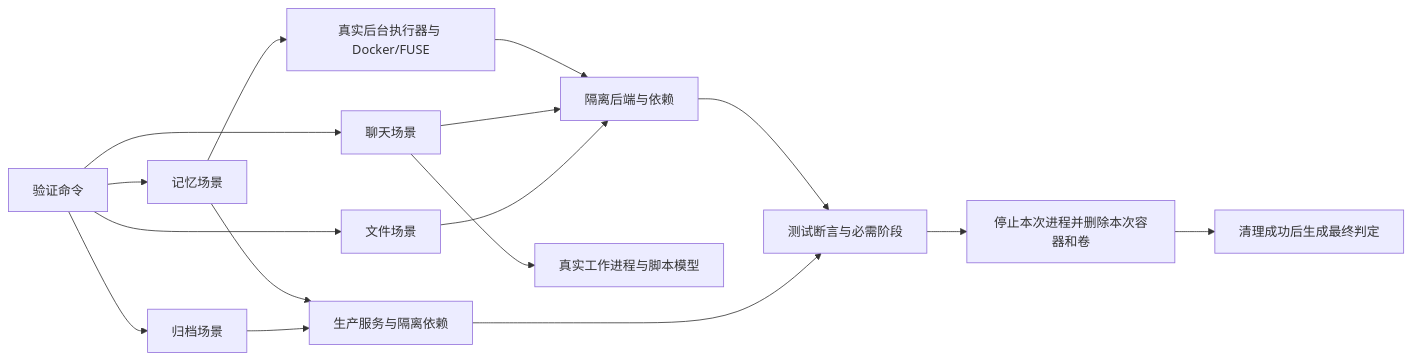
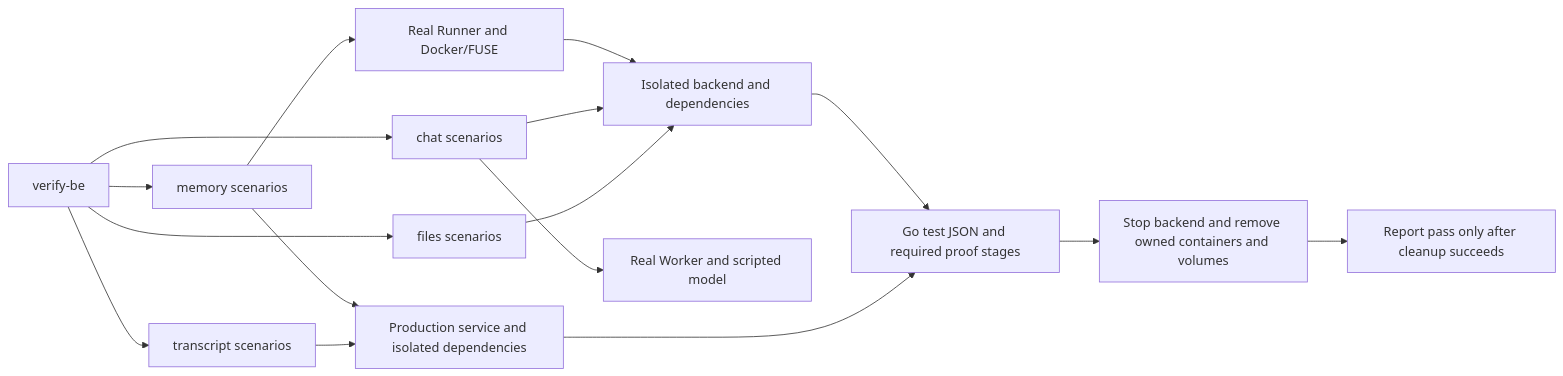
One commit to superduck-ai/open-managed-agents changed the diagram in docs/design/be/backend-verification.md. Above: the diagram before and after it, drawn with Mermaid. The commit also changed other lines of this file and 2 other files, not shown here.

````diff
--- a/docs/design/be/backend-verification.md
+++ b/docs/design/be/backend-verification.md
@@ -49,18 +25,18 @@
 ```mermaid
 flowchart LR
-    CLI[验证命令] --> Chat[聊天场景]
-    CLI --> Files[文件场景]
-    CLI --> Memory[记忆场景]
-    Memory --> Integration[生产服务与隔离依赖]
-    Memory --> Mounts[真实后台执行器与 Docker/FUSE]
-    Mounts --> Runtime[隔离后端与依赖]
-    CLI --> Transcript[归档场景]
-    Transcript --> Integration
-    Chat --> Runtime
+    CLI[verify-be] --> Chat[chat scenarios]
+    CLI --> Files[files scenarios]
+    CLI --> Memory[memory scenarios]
+    Memory --> Integration
+    Memory --> Mounts[Real Runner and Docker/FUSE]
+    Mounts --> Runtime
+    CLI --> Transcript[transcript scenarios]
+    Transcript --> Integration[Production service and isolated dependencies]
+    Chat --> Runtime[Isolated backend and dependencies]
     Files --> Runtime
-    Chat --> Worker[真实工作进程与脚本模型]
-    Runtime --> Evidence[测试断言与必需阶段]
+    Chat --> Worker[Real Worker and scripted model]
+    Runtime --> Evidence[Go test JSON and required proof stages]
     Integration --> Evidence
-    Evidence --> Cleanup[停止本次进程并删除本次容器和卷]
-    Cleanup --> Verdict[清理成功后生成最终判定]
+    Evidence --> Cleanup[Stop backend and remove owned containers and volumes]
+    Cleanup --> Verdict[Report pass only after cleanup succeeds]
 ```
````
